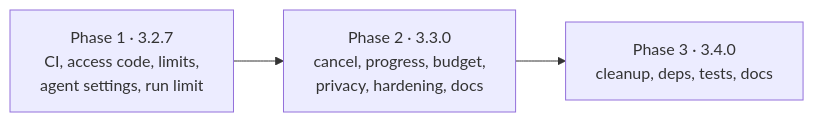
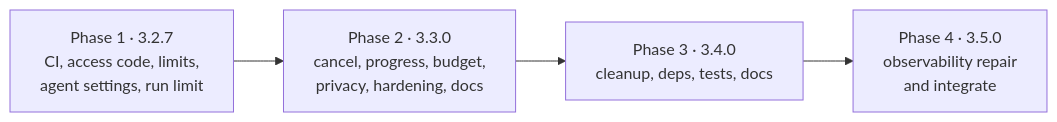
Before and after one commit to Positron00/WebAgent: the diagram in planning/specs/platform-improvements/tasks.md, drawn with Mermaid. The commit also changed other lines of this file and 97 other files, not shown here.

````diff
--- a/planning/specs/platform-improvements/tasks.md
+++ b/planning/specs/platform-improvements/tasks.md
@@ -17,5 +17,6 @@
 ```mermaid
 flowchart LR
   P1[Phase 1 · 3.2.7<br/>CI, access code, limits,<br/>agent settings, run limit] --> P2[Phase 2 · 3.3.0<br/>cancel, progress, budget,<br/>privacy, hardening, docs]
   P2 --> P3[Phase 3 · 3.4.0<br/>cleanup, deps, tests, docs]
+  P3 --> P4[Phase 4 · 3.5.0<br/>observability repair<br/>and integrate]
 ```
````
